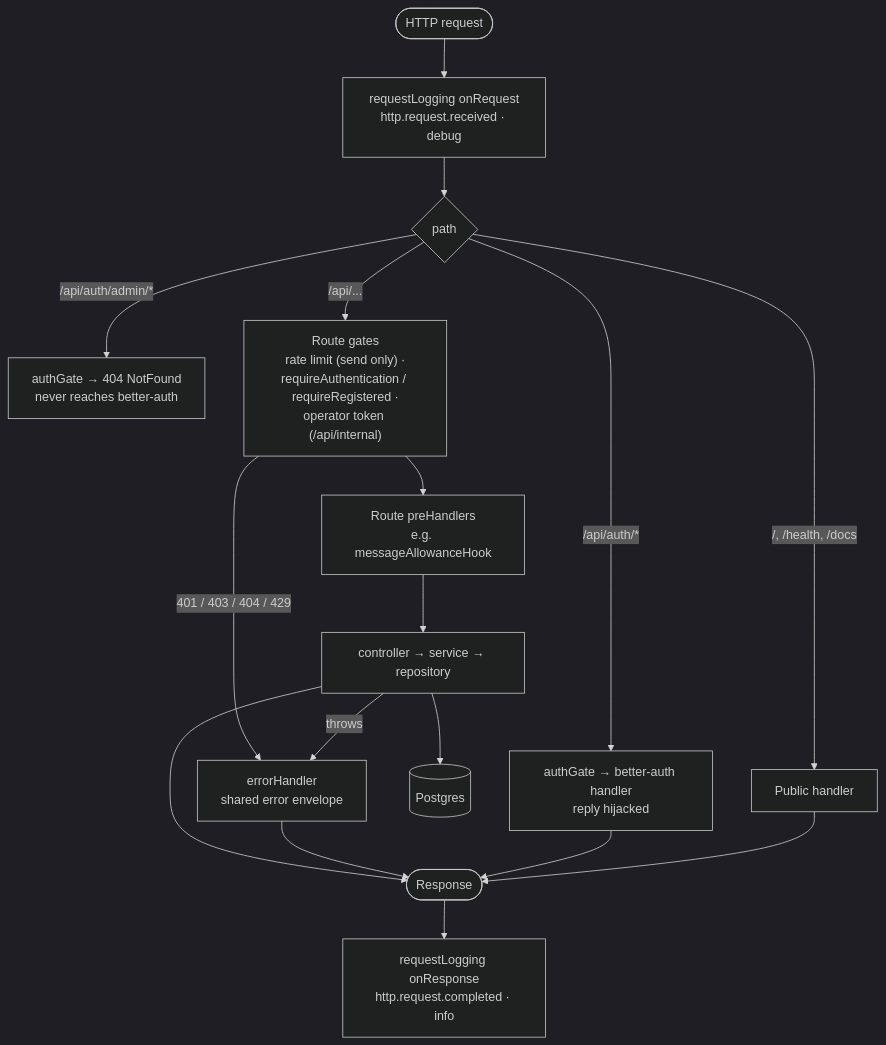
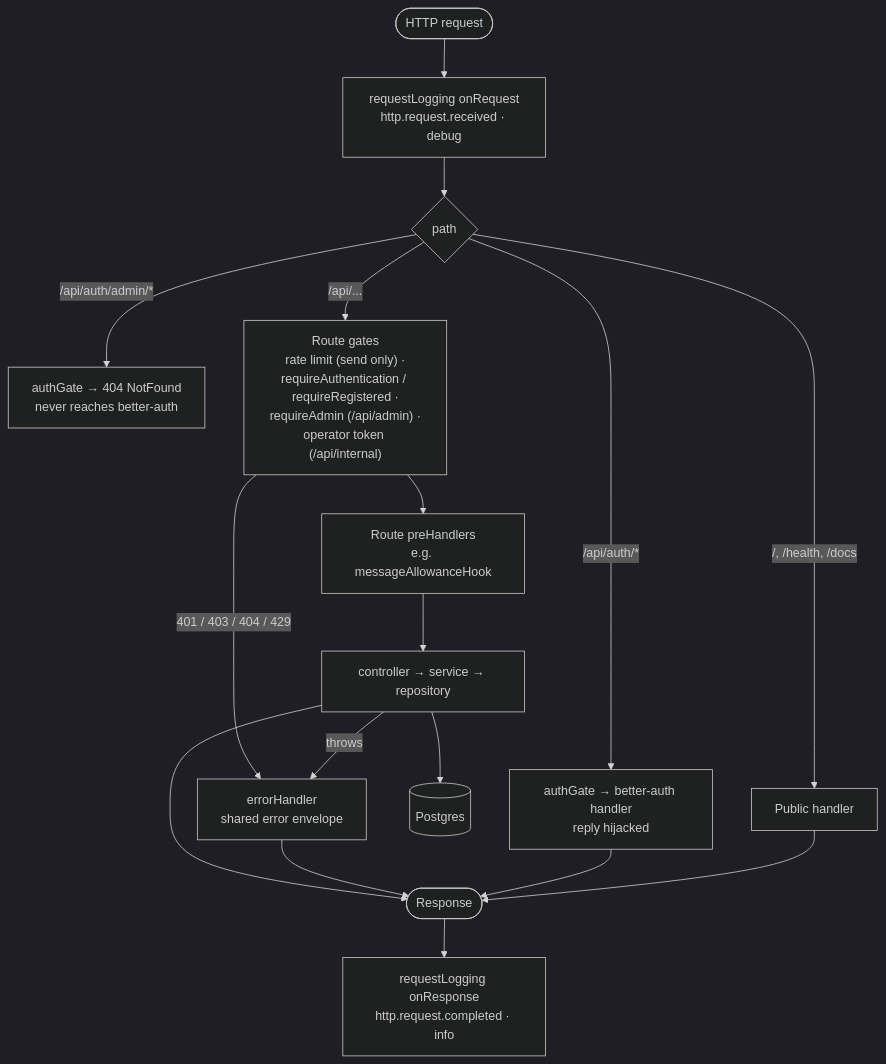
Before and after one commit to itsDaiton/nebula-chat: the fourth of 9 diagrams in docs/architecture.md, drawn with Mermaid (dark theme). The commit also changed other lines of this file and 67 other files, not shown here.

First line of the commit message:
feat(server): NEB-539 admin gate, Audit log and Operator admin routes (#695)

````diff
--- a/docs/architecture.md
+++ b/docs/architecture.md
@@ -121,19 +121,19 @@
 ```mermaid
 flowchart TD
   req([HTTP request]) --> log1["requestLogging onRequest<br/>http.request.received · debug"]
   log1 --> which{path}
   which -->|"/api/auth/admin/*"| nf["authGate → 404 NotFound<br/>never reaches better-auth"]
   which -->|"/api/auth/*"| ba["authGate → better-auth handler<br/>reply hijacked"]
   which -->|"/, /health, /docs"| public[Public handler]
-  which -->|"/api/..."| gates["Route gates<br/>rate limit (send only) ·<br/>requireAuthentication / requireRegistered ·<br/>operator token (/api/internal)"]
+  which -->|"/api/..."| gates["Route gates<br/>rate limit (send only) ·<br/>requireAuthentication / requireRegistered ·<br/>requireAdmin (/api/admin) ·<br/>operator token (/api/internal)"]
   gates --> pre["Route preHandlers<br/>e.g. messageAllowanceHook"]
   pre --> handler["controller → service → repository"]
   handler --> pg[(Postgres)]
   gates -->|"401 / 403 / 404 / 429"| err
   handler -->|throws| err["errorHandler<br/>shared error envelope"]
   handler --> res([Response])
   err --> res
   ba --> res
   public --> res
   res --> log2["requestLogging onResponse<br/>http.request.completed · info"]
 ```
````
